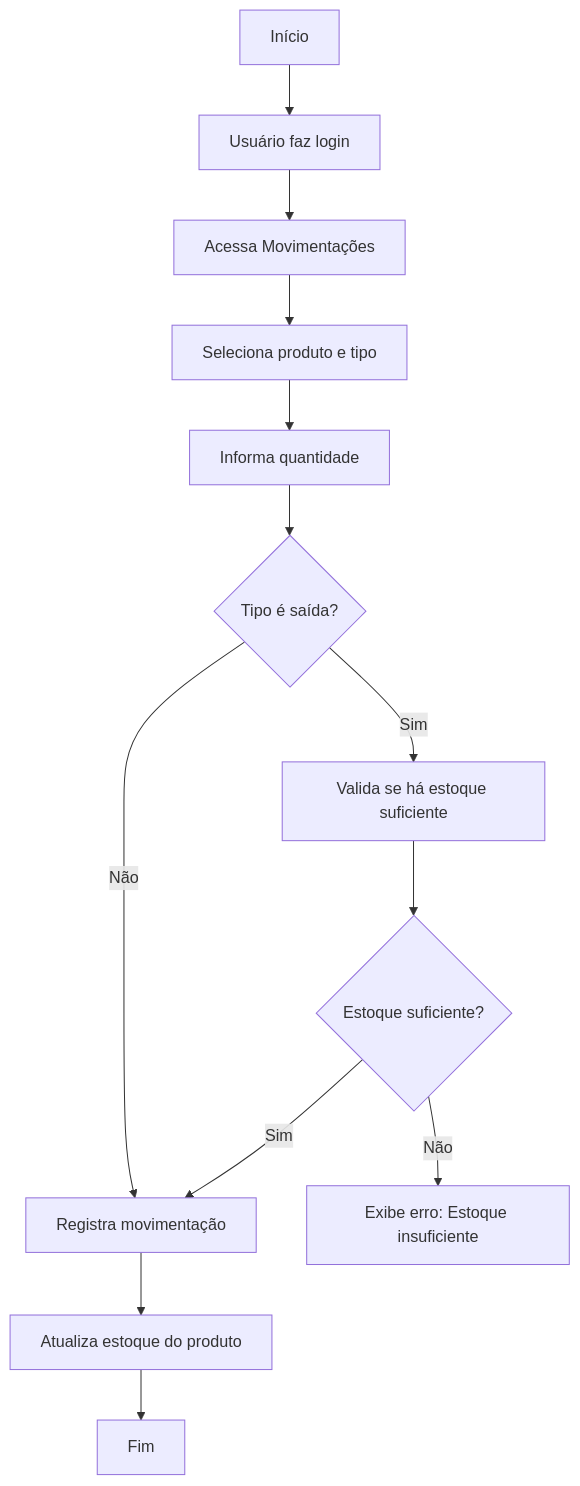
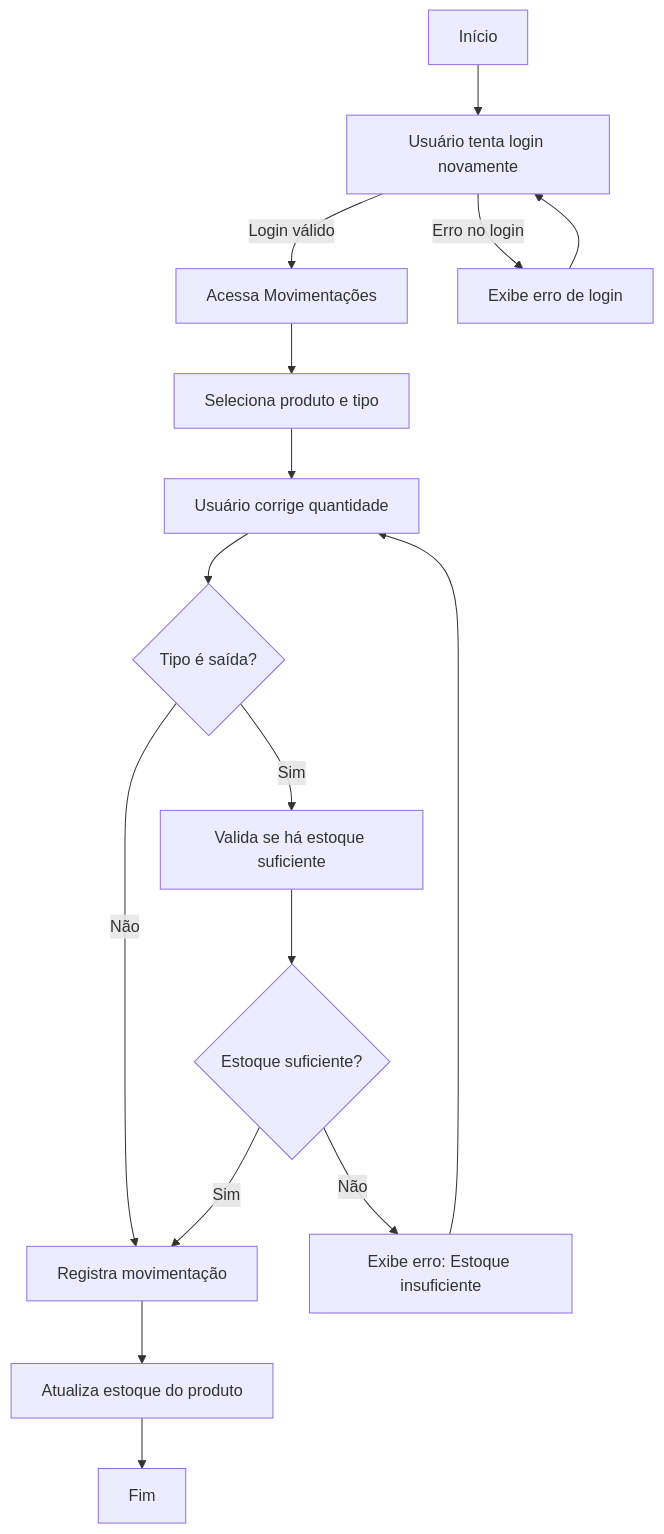
One commit to pcfrati/somativa-estoque changed the third of 3 diagrams in README.md. Above: the diagram before and after it, drawn with Mermaid.

````diff
--- a/README.md
+++ b/README.md
@@ -144,17 +144,22 @@
 ```mermaid
 
 flowchart TD
     A[Início] --> B[Usuário faz login]
-    B --> C[Acessa Movimentações]
+    B -->|Login válido| C[Acessa Movimentações]
+    B -->|Erro no login| M[Exibe erro de login]
+    M --> B[Usuário tenta login novamente]
+
     C --> D[Seleciona produto e tipo]
     D --> E[Informa quantidade]
     E --> F{Tipo é saída?}
     F -->|Sim| G[Valida se há estoque suficiente]
     F -->|Não| H[Registra movimentação]
     G --> I{Estoque suficiente?}
     I -->|Sim| H
     I -->|Não| J[Exibe erro: Estoque insuficiente]
+    J --> E[Usuário corrige quantidade]
+
     H --> K[Atualiza estoque do produto]
     K --> L[Fim]
 
 ```
````
